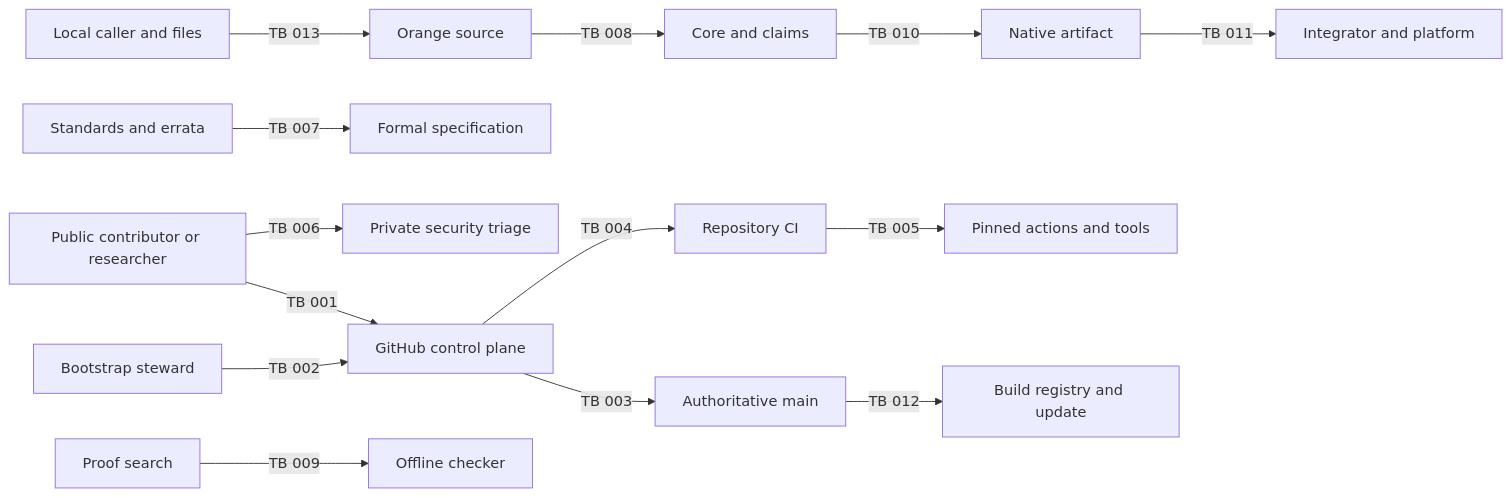
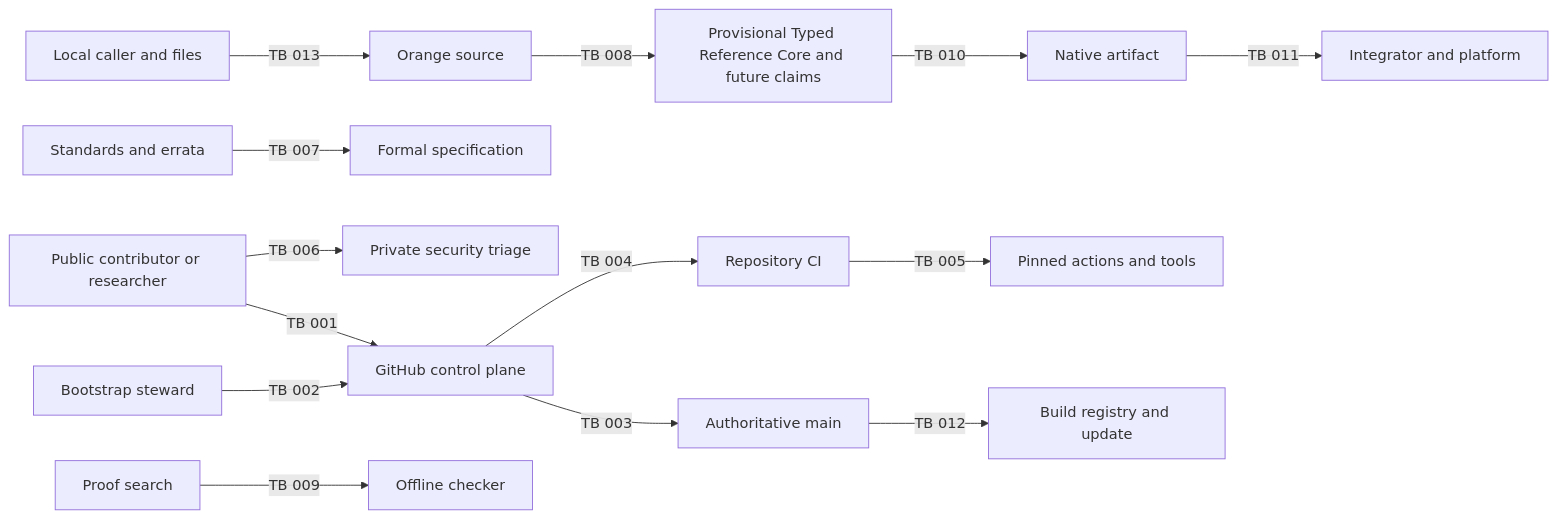
One commit to chasebryan/orange changed the diagram in docs/security/THREAT_MODEL.md. Above: the diagram before and after it, drawn with Mermaid. The commit also changed other lines of this file and 24 other files, not shown here.

First line of the commit message:
Add Orange 2026 typed literal semantics (#9)

````diff
--- a/docs/security/THREAT_MODEL.md
+++ b/docs/security/THREAT_MODEL.md
@@ -193,16 +210,16 @@
 ```mermaid
 flowchart LR
   Public["Public contributor or researcher"] -->|TB 001| GitHub["GitHub control plane"]
   Owner["Bootstrap steward"] -->|TB 002| GitHub
   GitHub -->|TB 003| Main["Authoritative main"]
   GitHub -->|TB 004| CI["Repository CI"]
   CI -->|TB 005| Tools["Pinned actions and tools"]
   Public -->|TB 006| Triage["Private security triage"]
   Standards["Standards and errata"] -->|TB 007| Spec["Formal specification"]
-  Source["Orange source"] -->|TB 008| Core["Core and claims"]
+  Source["Orange source"] -->|TB 008| Core["Provisional Typed Reference Core and future claims"]
   Search["Proof search"] -->|TB 009| Checker["Offline checker"]
   Core -->|TB 010| Native["Native artifact"]
   Native -->|TB 011| Platform["Integrator and platform"]
   Main -->|TB 012| Release["Build registry and update"]
   Local["Local caller and files"] -->|TB 013| Source
 ```
````
